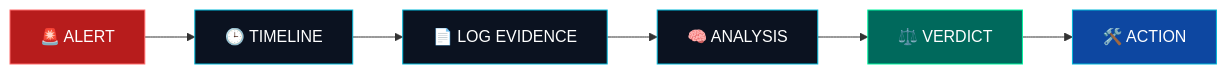
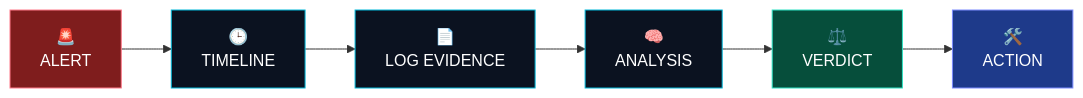
Before and after one commit to adiiitya01/adiiitya01: the diagram in README.md, drawn with Mermaid. The commit also changed other lines of this file, not shown here.

````diff
--- a/README.md
+++ b/README.md
@@ -137,14 +134,14 @@
 ```mermaid
 flowchart LR
-    A["🚨 ALERT"] --> B["🕒 TIMELINE"]
-    B --> C["📄 LOG EVIDENCE"]
-    C --> D["🧠 ANALYSIS"]
-    D --> E["⚖️ VERDICT"]
-    E --> F["🛠️ ACTION"]
-    style A fill:#b71c1c,stroke:#ff6b6b,color:#fff
+    A["🚨<br/>ALERT"] --> B["🕒<br/>TIMELINE"]
+    B --> C["📄<br/>LOG EVIDENCE"]
+    C --> D["🧠<br/>ANALYSIS"]
+    D --> E["⚖️<br/>VERDICT"]
+    E --> F["🛠️<br/>ACTION"]
+    style A fill:#7f1d1d,stroke:#ff7a8a,color:#fff
     style B fill:#0b1220,stroke:#00b8d9,color:#fff
     style C fill:#0b1220,stroke:#00b8d9,color:#fff
     style D fill:#0b1220,stroke:#00b8d9,color:#fff
-    style E fill:#00695c,stroke:#00f5a0,color:#fff
-    style F fill:#0d47a1,stroke:#00b8d9,color:#fff
+    style E fill:#064e3b,stroke:#2de2c4,color:#fff
+    style F fill:#1e3a8a,stroke:#7c8cff,color:#fff
 ```
````
